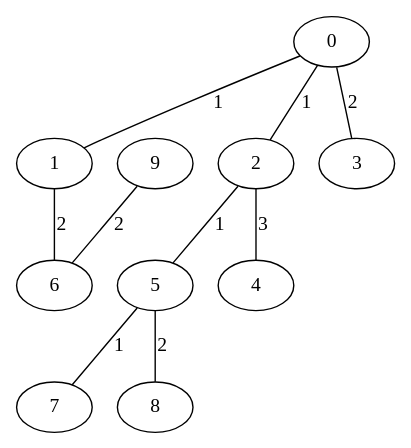
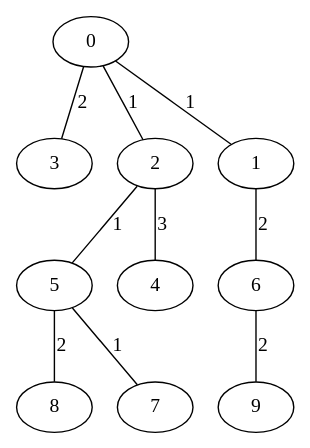
One commit to lebionick/GraphEdit changed the diagram in GraphesLabWork3/skeleton2.gv. Above: the diagram before and after it, drawn with Graphviz. The commit also changed 38 other files, not shown here.

Commit message:
Better graph logics added + modified heap

```diff
--- a/GraphesLabWork3/skeleton2.gv
+++ b/GraphesLabWork3/skeleton2.gv
@@ -1,11 +1,11 @@
 graph{
+0 -- 3[label="2",weight="2"];
+0 -- 2[label="1",weight="1"];
 0 -- 1[label="1",weight="1"];
-0 -- 2[label="1",weight="1"];
-0 -- 3[label="2",weight="2"];
 1 -- 6[label="2",weight="2"];
 2 -- 5[label="1",weight="1"];
 2 -- 4[label="3",weight="3"];
+5 -- 8[label="2",weight="2"];
 5 -- 7[label="1",weight="1"];
-5 -- 8[label="2",weight="2"];
-9 -- 6[label="2",weight="2"];
+6 -- 9[label="2",weight="2"];
 }
```
